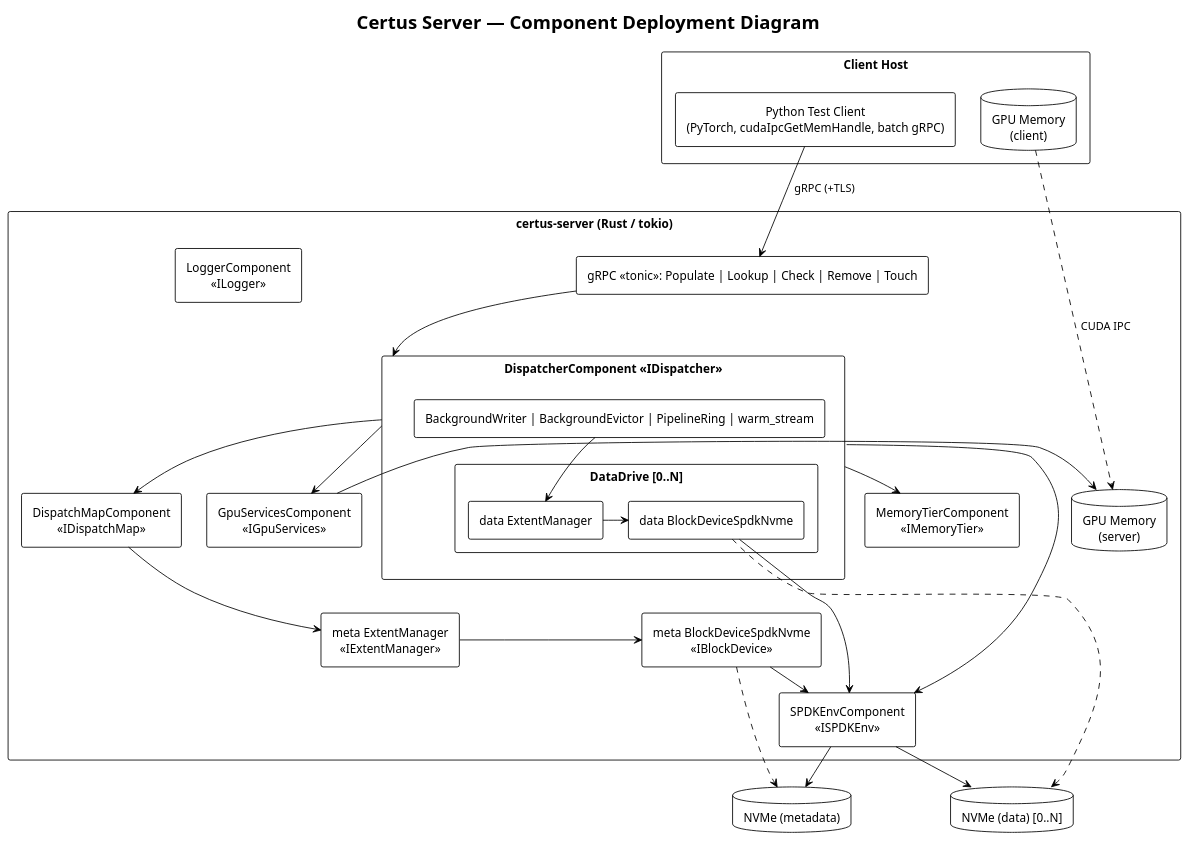
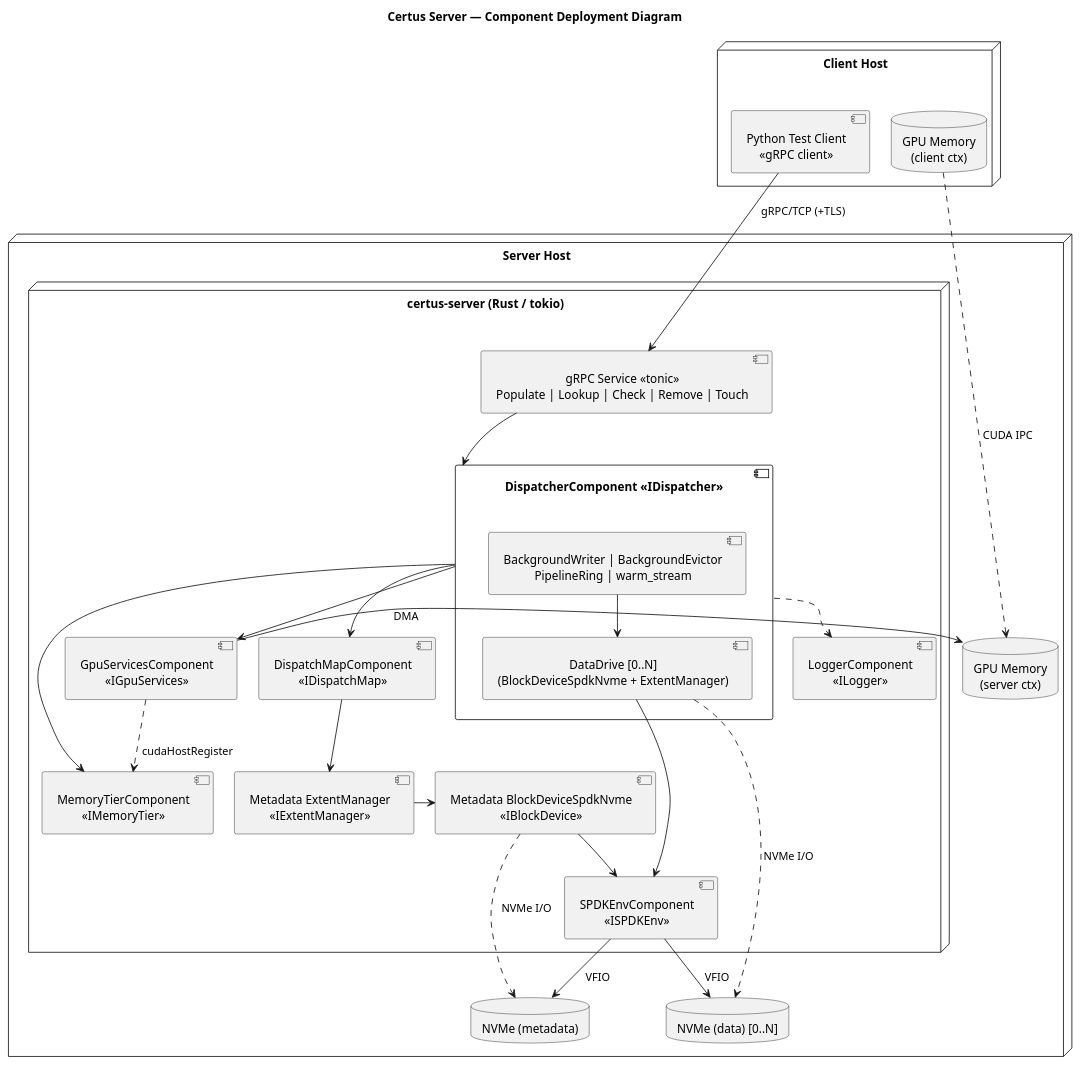
Before and after one commit to AI-native-Systems-Research/ai-native-storage-certus: the diagram in design/certus-server-deployment.puml, drawn with PlantUML. The commit also changed 1 other file, not shown here.

```diff
--- a/design/certus-server-deployment.puml
+++ b/design/certus-server-deployment.puml
@@ -1,89 +1,83 @@
 @startuml certus-server-deployment
-!theme plain
-skinparam componentStyle rectangle
 skinparam defaultTextAlignment center
 skinparam padding 3
-skinparam nodesep 30
-skinparam ranksep 30
+skinparam nodesep 25
+skinparam ranksep 25
 
 title Certus Server — Component Deployment Diagram
 
 ' ============================================================
-' CLIENT (top)
+' CLIENT
 ' ============================================================
-rectangle "Client Host" {
-    [Python Test Client\n(PyTorch, cudaIpcGetMemHandle, batch gRPC)] as pyclient
-    database "GPU Memory\n(client)" as client_gpu
+node "Client Host" {
+    component "Python Test Client\n<<gRPC client>>" as pyclient
+    database "GPU Memory\n(client ctx)" as client_gpu
     pyclient -right[hidden]- client_gpu
 }
 
 ' ============================================================
 ' SERVER
 ' ============================================================
-rectangle "certus-server (Rust / tokio)" {
+node "Server Host" {
 
-    ' --- Layer 1: gRPC ---
-    [gRPC <<tonic>>: Populate | Lookup | Check | Remove | Touch] as grpc
+    node "certus-server (Rust / tokio)" {
 
-    ' --- Layer 2: Dispatcher ---
-    rectangle "DispatcherComponent <<IDispatcher>>" as dispatcher {
-        [BackgroundWriter | BackgroundEvictor | PipelineRing | warm_stream] as disp_core
-        rectangle "DataDrive [0..N]" {
-            [data BlockDeviceSpdkNvme] as data_bd
-            [data ExtentManager] as data_em
-            data_em -right-> data_bd
+        component "gRPC Service <<tonic>>\nPopulate | Lookup | Check | Remove | Touch" as grpc
+
+        component "DispatcherComponent <<IDispatcher>>" as dispatcher {
+            component "BackgroundWriter | BackgroundEvictor\nPipelineRing | warm_stream" as disp_bg
+            component "DataDrive [0..N]\n(BlockDeviceSpdkNvme + ExtentManager)" as data_drive
         }
-        disp_core -down-> data_em
+
+        component "DispatchMapComponent\n<<IDispatchMap>>" as dispatch_map
+        component "MemoryTierComponent\n<<IMemoryTier>>" as memory_tier
+        component "GpuServicesComponent\n<<IGpuServices>>" as gpu_svc
+        component "LoggerComponent\n<<ILogger>>" as logger
+
+        component "Metadata ExtentManager\n<<IExtentManager>>" as meta_em
+        component "Metadata BlockDeviceSpdkNvme\n<<IBlockDevice>>" as meta_bd
+        component "SPDKEnvComponent\n<<ISPDKEnv>>" as spdk_env
     }
 
-    ' --- Layer 3: Peer components ---
-    [DispatchMapComponent\n<<IDispatchMap>>] as dispatch_map
-    [MemoryTierComponent\n<<IMemoryTier>>] as memory_tier
-    [GpuServicesComponent\n<<IGpuServices>>] as gpu_svc
-
-    ' --- Layer 4: Infrastructure ---
-    [meta ExtentManager\n<<IExtentManager>>] as meta_em
-    [meta BlockDeviceSpdkNvme\n<<IBlockDevice>>] as meta_bd
-    [SPDKEnvComponent\n<<ISPDKEnv>>] as spdk_env
-    [LoggerComponent\n<<ILogger>>] as logger
-
-    database "GPU Memory\n(server)" as server_gpu
+    database "GPU Memory\n(server ctx)" as server_gpu
+    database "NVMe (metadata)" as nvme_meta
+    database "NVMe (data) [0..N]" as nvme_data
 }
-
-' --- Hardware ---
-database "NVMe (metadata)" as nvme_meta
-database "NVMe (data) [0..N]" as nvme_data
 
 ' ============================================================
 ' CONNECTIONS
 ' ============================================================
 
 ' Client → Server
-pyclient -down-> grpc : gRPC (+TLS)
-client_gpu .down.> server_gpu : CUDA IPC
+pyclient -down-> grpc : "gRPC/TCP (+TLS)"
+client_gpu .down.> server_gpu : "CUDA IPC"
 
-' Vertical flow
+' gRPC → Dispatcher
 grpc -down-> dispatcher
+
+' Dispatcher bindings (receptacles)
 dispatcher -down-> dispatch_map
 dispatcher -down-> memory_tier
 dispatcher -down-> gpu_svc
-dispatcher -down-> spdk_env
+dispatcher ..> logger
+data_drive -down-> spdk_env
 
-' Metadata chain (horizontal)
+' Dispatcher internal
+disp_bg -down-> data_drive
+
+' DispatchMap metadata chain
 dispatch_map -down-> meta_em
 meta_em -right-> meta_bd
 meta_bd -down-> spdk_env
 
-' Data drives to SPDK
-data_bd -down-> spdk_env
+' GPU
+gpu_svc -right-> server_gpu : "DMA"
+gpu_svc .down.> memory_tier : "cudaHostRegister"
 
-' GPU
-gpu_svc -right-> server_gpu
-
-' Hardware
-spdk_env -down-> nvme_meta
-spdk_env -down-> nvme_data
-data_bd ..> nvme_data
-meta_bd ..> nvme_meta
+' SPDK → hardware
+spdk_env -down-> nvme_meta : "VFIO"
+spdk_env -down-> nvme_data : "VFIO"
+data_drive ..> nvme_data : "NVMe I/O"
+meta_bd ..> nvme_meta : "NVMe I/O"
 
 @enduml
```
